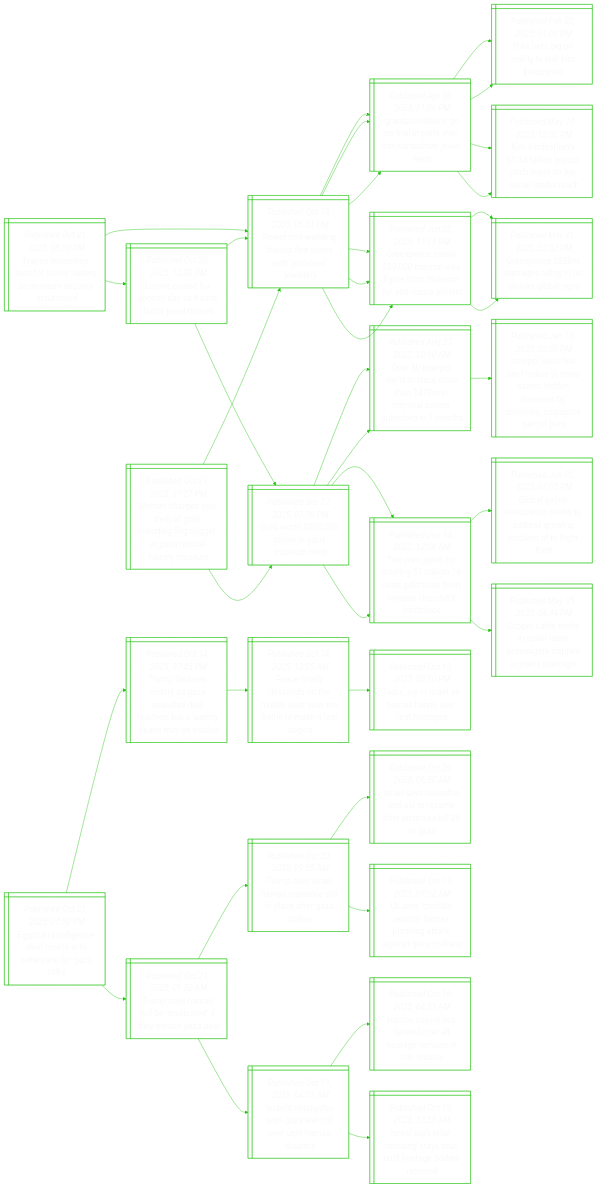
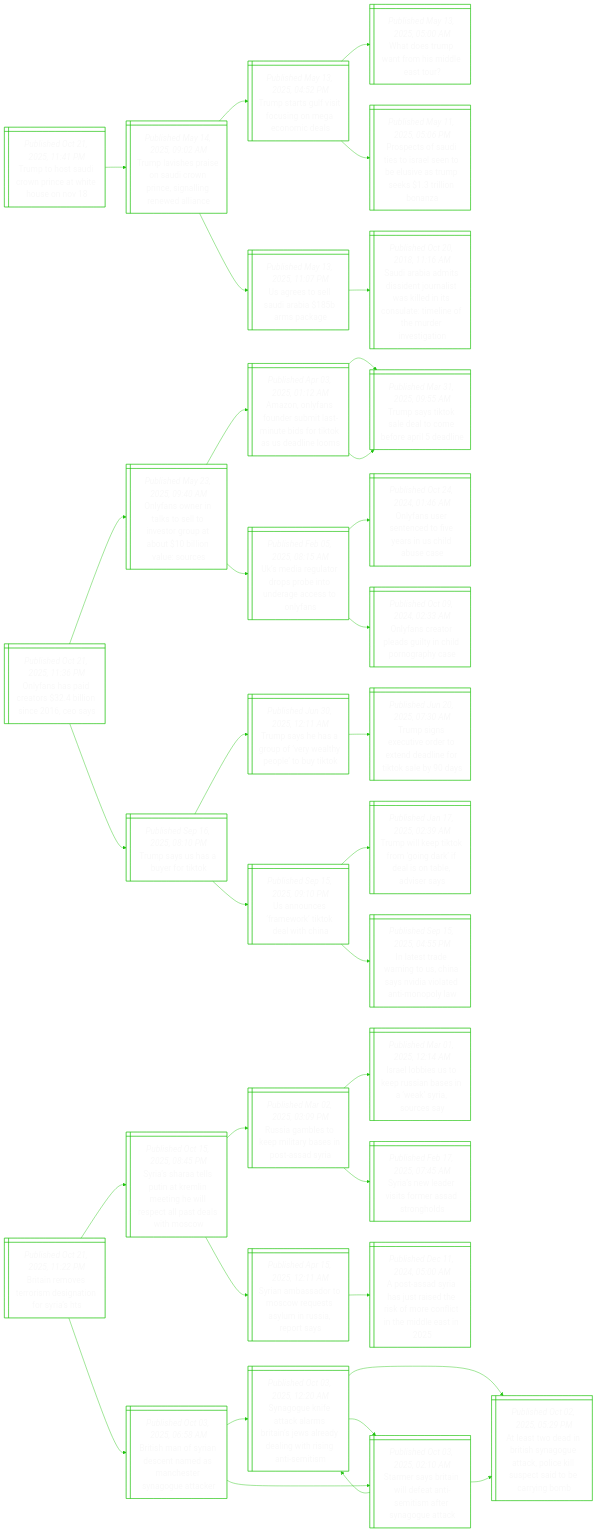
One commit to notJmes/notJmes changed the diagram in README.md. Above: the diagram before and after it, drawn with Mermaid. The commit also changed other lines of this file, not shown here.

````diff
--- a/README.md
+++ b/README.md
@@ -16,121 +16,112 @@
 flowchart LR
 classDef txtsize font-size:20px;
 
-Fenetorrusiri@{ shape: win-pane, label: "_Published Oct 21, 2025, 08:50 PM_
-France intensifies hunt for louvre raiders as museum security scrutinised" }
-Ptineluiisey@{ shape: win-pane, label: "_Published Oct 19, 2025, 05:51 PM_
-Power tool-wielding thieves flee louvre with ‘priceless’ jewellery" }
-GpboiPoidaes@{ shape: win-pane, label: "_Published Apr 28, 2025, 01:06 PM_
-‘grandpa robbers’ go on trial in paris over kim kardashian jewel heist" }
-NegaTrah@{ shape: win-pane, label: "_Published Feb 20, 2025, 01:00 PM_
-Nike bets big on reality tv star kim kardashian" }
-Kriinucneida@{ shape: win-pane, label: "_Published May 17, 2023, 12:00 PM_
-Kim kardashian's $1.34 billion buyout pitch leans on her social media reach" }
-Gpssofemmnsrt@{ shape: win-pane, label: "_Published Jun 02, 2025, 11:15 PM_
-Greenpeace steals $59,000 macron wax figure from museum for anti-russia protest" }
-GpmglnolN@{ shape: win-pane, label: "_Published Mar 21, 2025, 02:52 PM_
-Greenpeace $880m damages ruling in us shocks global ngos" }
-Leesdsctee@{ shape: win-pane, label: "_Published Oct 20, 2025, 12:30 PM_
-Louvre closed for second day as france hunts jewel thieves" }
-Ptineluiisey@{ shape: win-pane, label: "_Published Oct 19, 2025, 05:51 PM_
-Power tool-wielding thieves flee louvre with ‘priceless’ jewellery" }
-GpboiPoidaes@{ shape: win-pane, label: "_Published Apr 28, 2025, 01:06 PM_
-‘grandpa robbers’ go on trial in paris over kim kardashian jewel heist" }
-Gpssofemmnsrt@{ shape: win-pane, label: "_Published Jun 02, 2025, 11:15 PM_
-Greenpeace steals $59,000 macron wax figure from museum for anti-russia protest" }
-Gotiiei@{ shape: win-pane, label: "_Published Sep 17, 2025, 07:36 PM_
-Gold worth $900,000 stolen in paris museum heist" }
-Onortmhnispsnh@{ shape: win-pane, label: "_Published Aug 27, 2025, 10:00 AM_
-Over 80 interpol alerts to trace more than $479m in criminal assets published in 7 months" }
-Tnesilcgofincshe@{ shape: win-pane, label: "_Published Jun 14, 2025, 12:04 AM_
-Two men jailed for stealing $7 million 18-carat gold toilet from winston churchill’s birthplace" }
+Tttinchon@{ shape: win-pane, label: "_Published Oct 21, 2025, 11:41 PM_
+Trump to host saudi crown prince at white house on nov 18" }
+Tlhanincnnelc@{ shape: win-pane, label: "_Published May 14, 2025, 09:02 AM_
+Trump lavishes praise on saudi crown prince, signalling renewed alliance" }
+Tssvfimcil@{ shape: win-pane, label: "_Published May 13, 2025, 04:52 PM_
+Trump starts gulf visit focusing on mega economic deals" }
+WounmiEo@{ shape: win-pane, label: "_Published May 13, 2025, 05:00 AM_
+What does trump want from his middle east tour?" }
+PefitaeeiTstin@{ shape: win-pane, label: "_Published May 11, 2025, 05:06 PM_
+Prospects of saudi ties to israel seen to be elusive as trump seeks $1.3 trillion bonanza" }
+Uesarbpg@{ shape: win-pane, label: "_Published May 13, 2025, 11:07 PM_
+Us agrees to sell saudi arabia $185b arms package" }
+SAatstntiiclinhdvgn@{ shape: win-pane, label: "_Published Oct 20, 2018, 11:16 AM_
+Saudi arabia admits dissident journalist was killed in its consulate: timeline of the murder investigation" }
 
-Fenetorrusiri:::txtsize --> Ptineluiisey:::txtsize
-Ptineluiisey:::txtsize --> GpboiPoidaes:::txtsize
-GpboiPoidaes:::txtsize --> NegaTrah:::txtsize
-GpboiPoidaes:::txtsize --> Kriinucneida:::txtsize
-Ptineluiisey:::txtsize --> Gpssofemmnsrt:::txtsize
-Gpssofemmnsrt:::txtsize --> GpmglnolN:::txtsize
-Fenetorrusiri:::txtsize --> Leesdsctee:::txtsize
-Leesdsctee:::txtsize --> Ptineluiisey:::txtsize
-Ptineluiisey:::txtsize --> GpboiPoidaes:::txtsize
-Ptineluiisey:::txtsize --> Gpssofemmnsrt:::txtsize
-Leesdsctee:::txtsize --> Gotiiei:::txtsize
-Gotiiei:::txtsize --> Onortmhnispsnh:::txtsize
-Gotiiei:::txtsize --> Tnesilcgofincshe:::txtsize
+Tttinchon:::txtsize --> Tlhanincnnelc:::txtsize
+Tlhanincnnelc:::txtsize --> Tssvfimcil:::txtsize
+Tssvfimcil:::txtsize --> WounmiEo:::txtsize
+Tssvfimcil:::txtsize --> PefitaeeiTstin:::txtsize
+Tlhanincnnelc:::txtsize --> Uesarbpg:::txtsize
+Uesarbpg:::txtsize --> SAatstntiiclinhdvgn:::txtsize
 
-Eitgcmweart@{ shape: win-pane, label: "_Published Oct 21, 2025, 07:50 PM_
-Egyptian intelligence chief meets with netanyahu for gaza talks" }
-Tdrcaaededlncbs@{ shape: win-pane, label: "_Published Oct 14, 2025, 07:45 PM_
-Trump declares victory as gaza ceasefire deal reached, but a lasting peace may be elusive" }
-PflcoMeNelale@{ shape: win-pane, label: "_Published Oct 14, 2025, 12:05 AM_
-Peace finally descends on the middle east: now the battle to make it last begins" }
-TjIlmnest@{ shape: win-pane, label: "_Published Oct 13, 2025, 03:10 PM_
-Tears, joy in israel as hamas hands over first hostages" }
-Tsaieciyca@{ shape: win-pane, label: "_Published Oct 21, 2025, 01:32 AM_
-Trump says hamas will be ‘eradicated’ if they breach gaza deal" }
-TssHcftnerse@{ shape: win-pane, label: "_Published Oct 20, 2025, 09:55 AM_
-Trump says israel-hamas ceasefire still in place after gaza strikes" }
-Ilcfntutrkla@{ shape: win-pane, label: "_Published Oct 20, 2025, 06:50 AM_
-Israel says ceasefire and aid to resume after airstrikes kill 26 in gaza" }
-Usiessntasal@{ shape: win-pane, label: "_Published Oct 19, 2025, 07:02 AM_
-Us says ‘credible reports’ hamas planning attack against gaza civilians" }
-IlauGaonais@{ shape: win-pane, label: "_Published Oct 19, 2025, 04:51 AM_
-Israel’s netanyahu says gaza war not over until hamas disarms" }
-Hstaoltesnv@{ shape: win-pane, label: "_Published Oct 16, 2025, 04:51 AM_
-Hamas says it has handed over all hostage remains it can recover" }
-IlRciauitorn@{ shape: win-pane, label: "_Published Oct 19, 2025, 12:53 AM_
-Israel says rafah crossing stays shut until hostage bodies returned" }
+OascolsCy@{ shape: win-pane, label: "_Published Oct 21, 2025, 11:36 PM_
+Onlyfans has paid creators $32.4 billion since 2016, ceo says" }
+OanttlvrpolvSe@{ shape: win-pane, label: "_Published May 23, 2025, 09:40 AM_
+Onlyfans owner in talks to sell to investor group at about $10 billion value: sources" }
+AnForittsiaenm@{ shape: win-pane, label: "_Published Apr 03, 2025, 01:12 AM_
+Amazon, onlyfans founder submit last-minute bids for tiktok as us deadline looms" }
+TsiseceAdi@{ shape: win-pane, label: "_Published Mar 31, 2025, 09:55 AM_
+Trump says tiktok sale deal to come before april 5 deadline" }
+TsiseceAdi@{ shape: win-pane, label: "_Published Mar 31, 2025, 09:55 AM_
+Trump says tiktok sale deal to come before april 5 deadline" }
+Udgopborcty@{ shape: win-pane, label: "_Published Feb 05, 2025, 08:15 AM_
+Uk’s media regulator drops probe into underage access to onlyfans" }
+OaetdvrSde@{ shape: win-pane, label: "_Published Oct 24, 2024, 01:46 AM_
+Onlyfans user sentenced to five years in us child abuse case" }
+Oaepsthorc@{ shape: win-pane, label: "_Published Oct 09, 2024, 02:33 AM_
+Onlyfans creator pleads guilty in child pornography case" }
+TsSbfk@{ shape: win-pane, label: "_Published Sep 16, 2025, 08:10 PM_
+Trump says us has a buyer for tiktok" }
+Tsegoytooi@{ shape: win-pane, label: "_Published Jun 30, 2025, 12:11 AM_
+Trump says he has a group of ‘very wealthy people’ to buy tiktok" }
+Tsetrondfkad@{ shape: win-pane, label: "_Published Jun 20, 2025, 07:30 AM_
+Trump signs executive order to extend deadline for tiktok sale by 90 days" }
+UoseTkwh@{ shape: win-pane, label: "_Published Sep 15, 2025, 09:10 PM_
+Us announces ‘framework’ tiktok deal with china" }
+Twekrireolia@{ shape: win-pane, label: "_Published Jan 17, 2025, 02:39 AM_
+Trump will keep tiktok from ‘going dark’ if deal is on table, adviser says" }
+Iearthaiieipa@{ shape: win-pane, label: "_Published Sep 15, 2025, 04:55 PM_
+In latest trade warning to us, china says nvidia violated anti-monopoly law" }
 
-Eitgcmweart:::txtsize --> Tdrcaaededlncbs:::txtsize
-Tdrcaaededlncbs:::txtsize --> PflcoMeNelale:::txtsize
-PflcoMeNelale:::txtsize --> TjIlmnest:::txtsize
-Eitgcmweart:::txtsize --> Tsaieciyca:::txtsize
-Tsaieciyca:::txtsize --> TssHcftnerse:::txtsize
-TssHcftnerse:::txtsize --> Ilcfntutrkla:::txtsize
-TssHcftnerse:::txtsize --> Usiessntasal:::txtsize
-Tsaieciyca:::txtsize --> IlauGaonais:::txtsize
-IlauGaonais:::txtsize --> Hstaoltesnv:::txtsize
-IlauGaonais:::txtsize --> IlRciauitorn:::txtsize
+OascolsCy:::txtsize --> OanttlvrpolvSe:::txtsize
+OanttlvrpolvSe:::txtsize --> AnForittsiaenm:::txtsize
+AnForittsiaenm:::txtsize --> TsiseceAdi:::txtsize
+AnForittsiaenm:::txtsize --> TsiseceAdi:::txtsize
+OanttlvrpolvSe:::txtsize --> Udgopborcty:::txtsize
+Udgopborcty:::txtsize --> OaetdvrSde:::txtsize
+Udgopborcty:::txtsize --> Oaepsthorc:::txtsize
+OascolsCy:::txtsize --> TsSbfk:::txtsize
+TsSbfk:::txtsize --> Tsegoytooi:::txtsize
+Tsegoytooi:::txtsize --> Tsetrondfkad:::txtsize
+TsSbfk:::txtsize --> UoseTkwh:::txtsize
+UoseTkwh:::txtsize --> Twekrireolia:::txtsize
+UoseTkwh:::txtsize --> Iearthaiieipa:::txtsize
 
-WcertllggtsrsMm@{ shape: win-pane, label: "_Published Oct 21, 2025, 07:27 PM_
-Woman charged over theft of gold, including 5kg nugget, at paris natural history museum" }
-Gotiiei@{ shape: win-pane, label: "_Published Sep 17, 2025, 07:36 PM_
-Gold worth $900,000 stolen in paris museum heist" }
-Onortmhnispsnh@{ shape: win-pane, label: "_Published Aug 27, 2025, 10:00 AM_
-Over 80 interpol alerts to trace more than $479m in criminal assets published in 7 months" }
-IpustcrshnsyiSpap@{ shape: win-pane, label: "_Published Jan 10, 2025, 05:00 PM_
-Interpol launches alert notice to trace assets hidden overseas by criminals; singapore part of pilot" }
-Tnesilcgofincshe@{ shape: win-pane, label: "_Published Jun 14, 2025, 12:04 AM_
-Two men jailed for stealing $7 million 18-carat gold toilet from winston churchill’s birthplace" }
-Glisteoeopenhf@{ shape: win-pane, label: "_Published Jun 03, 2025, 07:05 PM_
-Global airline association seeks to address growing problem of in-flight theft" }
-Cretpeagrdavg@{ shape: win-pane, label: "_Published May 05, 2025, 04:44 PM_
-Copper cable thefts in spain leave passengers trapped in trains overnight" }
-Ptineluiisey@{ shape: win-pane, label: "_Published Oct 19, 2025, 05:51 PM_
-Power tool-wielding thieves flee louvre with ‘priceless’ jewellery" }
-GpboiPoidaes@{ shape: win-pane, label: "_Published Apr 28, 2025, 01:06 PM_
-‘grandpa robbers’ go on trial in paris over kim kardashian jewel heist" }
-NegaTrah@{ shape: win-pane, label: "_Published Feb 20, 2025, 01:00 PM_
-Nike bets big on reality tv star kim kardashian" }
-Kriinucneida@{ shape: win-pane, label: "_Published May 17, 2023, 12:00 PM_
-Kim kardashian's $1.34 billion buyout pitch leans on her social media reach" }
-Gpssofemmnsrt@{ shape: win-pane, label: "_Published Jun 02, 2025, 11:15 PM_
-Greenpeace steals $59,000 macron wax figure from museum for anti-russia protest" }
-GpmglnolN@{ shape: win-pane, label: "_Published Mar 21, 2025, 02:52 PM_
-Greenpeace $880m damages ruling in us shocks global ngos" }
+BioeistoiS@{ shape: win-pane, label: "_Published Oct 21, 2025, 11:22 PM_
+Britain removes terrorism designation for syria’s hts" }
+Ssalirniwetaatc@{ shape: win-pane, label: "_Published Oct 15, 2025, 08:45 PM_
+Syria’s sharaa tells putin at kremlin meeting he will respect all past deals with moscow" }
+Ralkireosr@{ shape: win-pane, label: "_Published Mar 02, 2025, 03:09 PM_
+Russia gambles to keep military bases in post-assad syria" }
+IlitpisaSse@{ shape: win-pane, label: "_Published Mar 01, 2025, 12:14 AM_
+Israel lobbies us to keep russian bases in a ‘weak’ syria, sources say" }
+Ssevseaol@{ shape: win-pane, label: "_Published Feb 17, 2025, 07:45 AM_
+Syria’s new leader visits former assad strongholds" }
+SnsrsetlRars@{ shape: win-pane, label: "_Published Apr 15, 2025, 12:11 AM_
+Syrian ambassador to moscow requests asylum in russia, report says" }
+AAShsseoelniEn@{ shape: win-pane, label: "_Published Dec 11, 2024, 05:00 AM_
+A post-assad syria has just raised the risk of more conflict in the middle east in 2025" }
+Bsoisnaceaec@{ shape: win-pane, label: "_Published Oct 03, 2025, 06:58 AM_
+British man of syrian descent named as manchester synagogue attacker" }
+Sontasaerdnhnit@{ shape: win-pane, label: "_Published Oct 03, 2025, 12:20 AM_
+Synagogue knife attack alarms britain’s jews already dealing with rising anti-semitism" }
+Sesaletiasot@{ shape: win-pane, label: "_Published Oct 03, 2025, 02:10 AM_
+Starmer says britain will defeat anti-semitism after synagogue attack" }
+Asdninualissorg@{ shape: win-pane, label: "_Published Oct 02, 2025, 05:29 PM_
+At least two dead in british synagogue attack, police kill suspect said to be carrying bomb" }
+Sesaletiasot@{ shape: win-pane, label: "_Published Oct 03, 2025, 02:10 AM_
+Starmer says britain will defeat anti-semitism after synagogue attack" }
+Sontasaerdnhnit@{ shape: win-pane, label: "_Published Oct 03, 2025, 12:20 AM_
+Synagogue knife attack alarms britain’s jews already dealing with rising anti-semitism" }
+Asdninualissorg@{ shape: win-pane, label: "_Published Oct 02, 2025, 05:29 PM_
+At least two dead in british synagogue attack, police kill suspect said to be carrying bomb" }
 
-WcertllggtsrsMm:::txtsize --> Gotiiei:::txtsize
-Gotiiei:::txtsize --> Onortmhnispsnh:::txtsize
-Onortmhnispsnh:::txtsize --> IpustcrshnsyiSpap:::txtsize
-Gotiiei:::txtsize --> Tnesilcgofincshe:::txtsize
-Tnesilcgofincshe:::txtsize --> Glisteoeopenhf:::txtsize
-Tnesilcgofincshe:::txtsize --> Cretpeagrdavg:::txtsize
-WcertllggtsrsMm:::txtsize --> Ptineluiisey:::txtsize
-Ptineluiisey:::txtsize --> GpboiPoidaes:::txtsize
-GpboiPoidaes:::txtsize --> NegaTrah:::txtsize
-GpboiPoidaes:::txtsize --> Kriinucneida:::txtsize
-Ptineluiisey:::txtsize --> Gpssofemmnsrt:::txtsize
-Gpssofemmnsrt:::txtsize --> GpmglnolN:::txtsize
+BioeistoiS:::txtsize --> Ssalirniwetaatc:::txtsize
+Ssalirniwetaatc:::txtsize --> Ralkireosr:::txtsize
+Ralkireosr:::txtsize --> IlitpisaSse:::txtsize
+Ralkireosr:::txtsize --> Ssevseaol:::txtsize
+Ssalirniwetaatc:::txtsize --> SnsrsetlRars:::txtsize
+SnsrsetlRars:::txtsize --> AAShsseoelniEn:::txtsize
+BioeistoiS:::txtsize --> Bsoisnaceaec:::txtsize
+Bsoisnaceaec:::txtsize --> Sontasaerdnhnit:::txtsize
+Sontasaerdnhnit:::txtsize --> Sesaletiasot:::txtsize
+Sontasaerdnhnit:::txtsize --> Asdninualissorg:::txtsize
+Bsoisnaceaec:::txtsize --> Sesaletiasot:::txtsize
+Sesaletiasot:::txtsize --> Sontasaerdnhnit:::txtsize
+Sesaletiasot:::txtsize --> Asdninualissorg:::txtsize
 
 ```
````
